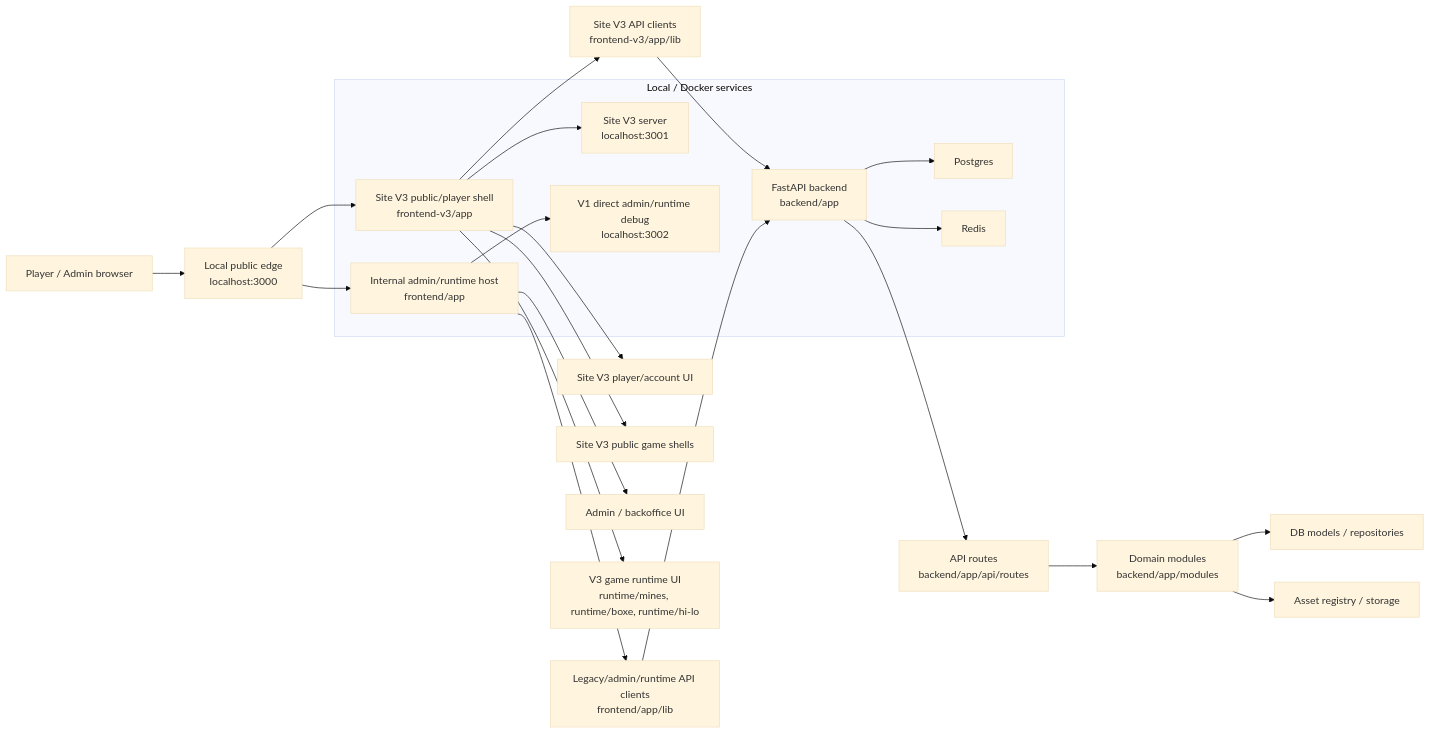
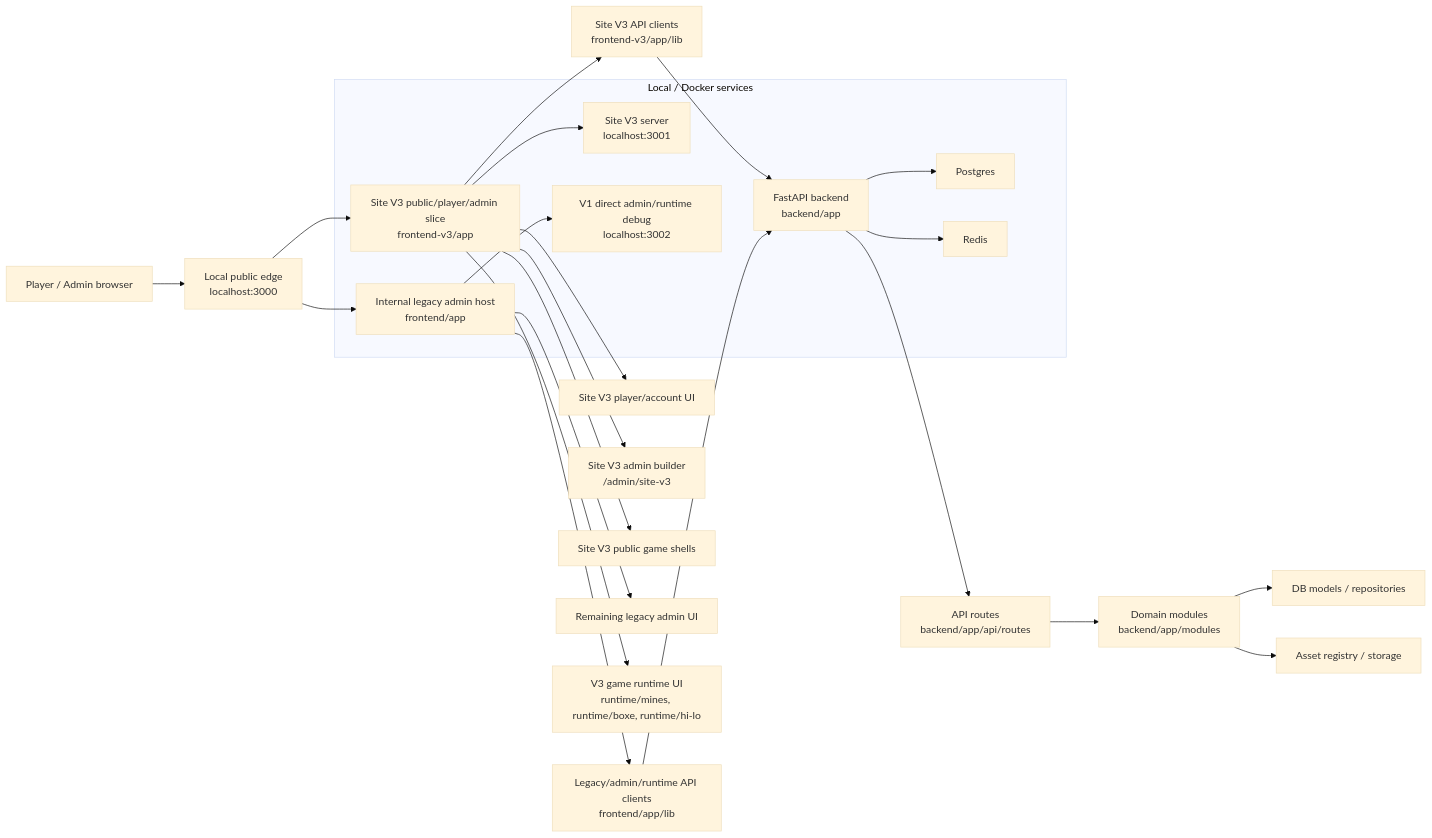
The first of 11 diagrams in docs/CODE_ARCHITECTURE_MERMAID_MAP_2026-05-22.md (moromike/casinoking-platform), drawn with Mermaid (base theme) before and after one commit. The commit also changed other lines of this file and 38 other files, not shown here.

Commit message:
feat(site-v3): move admin builder to v3

````diff
--- a/docs/CODE_ARCHITECTURE_MERMAID_MAP_2026-05-22.md
+++ b/docs/CODE_ARCHITECTURE_MERMAID_MAP_2026-05-22.md
@@ -25,27 +25,28 @@
 ```mermaid
 flowchart LR
   User["Player / Admin browser"] --> Edge["Local public edge<br/>localhost:3000"]
-  Edge --> FEv3["Site V3 public/player shell<br/>frontend-v3/app"]
-  Edge --> FEv1["Internal admin/runtime host<br/>frontend/app"]
+  Edge --> FEv3["Site V3 public/player/admin slice<br/>frontend-v3/app"]
+  Edge --> FEv1["Internal legacy admin host<br/>frontend/app"]
   FEv3 --> APIClientV3["Site V3 API clients<br/>frontend-v3/app/lib"]
   FEv1 --> APIClientV1["Legacy/admin/runtime API clients<br/>frontend/app/lib"]
   APIClientV3 --> BE["FastAPI backend<br/>backend/app"]
   APIClientV1 --> BE
 
   subgraph Docker["Local / Docker services"]
     BE --> PG["Postgres"]
     BE --> Redis["Redis"]
     FEv3 --> NextV3["Site V3 server<br/>localhost:3001"]
     FEv1 --> NextV1["V1 direct admin/runtime debug<br/>localhost:3002"]
   end
 
   BE --> Routes["API routes<br/>backend/app/api/routes"]
   Routes --> Modules["Domain modules<br/>backend/app/modules"]
   Modules --> DB["DB models / repositories"]
   Modules --> Assets["Asset registry / storage"]
 
   FEv3 --> PlayerUI["Site V3 player/account UI"]
+  FEv3 --> SiteV3AdminUI["Site V3 admin builder<br/>/admin/site-v3"]
   FEv3 --> GameShellUI["Site V3 public game shells"]
-  FEv1 --> AdminUI["Admin / backoffice UI"]
+  FEv1 --> AdminUI["Remaining legacy admin UI"]
   FEv3 --> RuntimeUI["V3 game runtime UI<br/>runtime/mines, runtime/boxe, runtime/hi-lo"]
 ```
````
